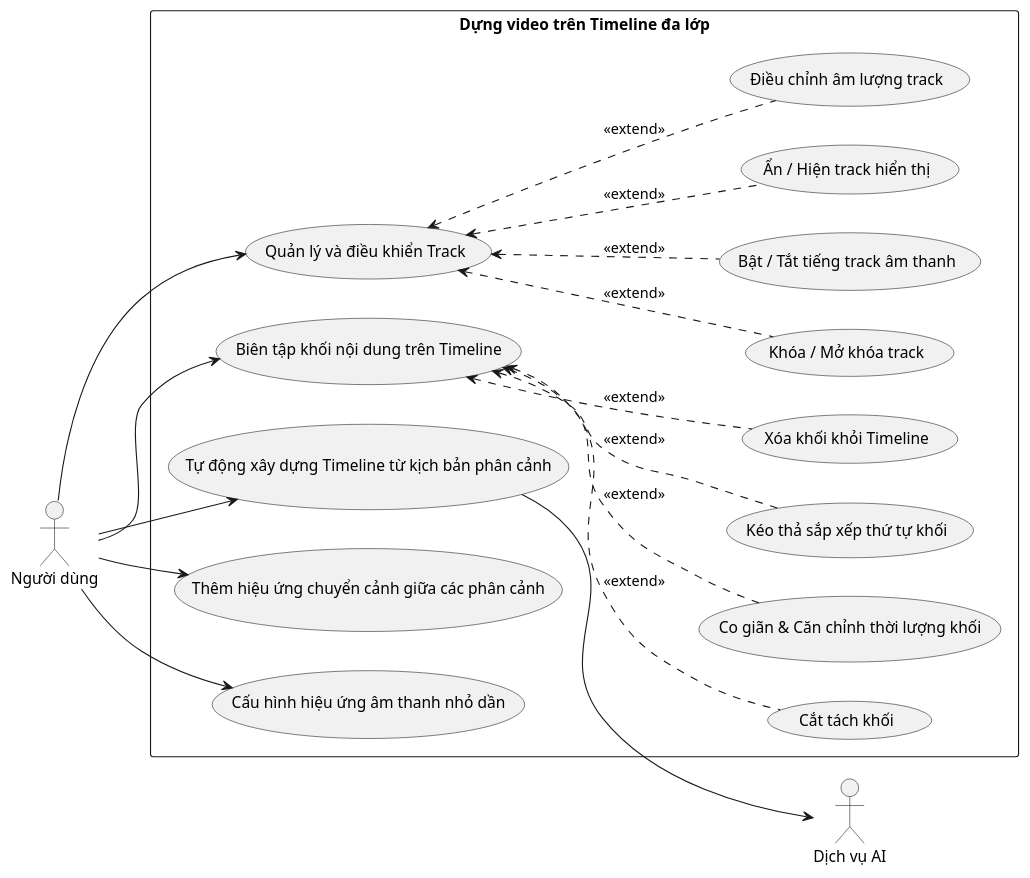
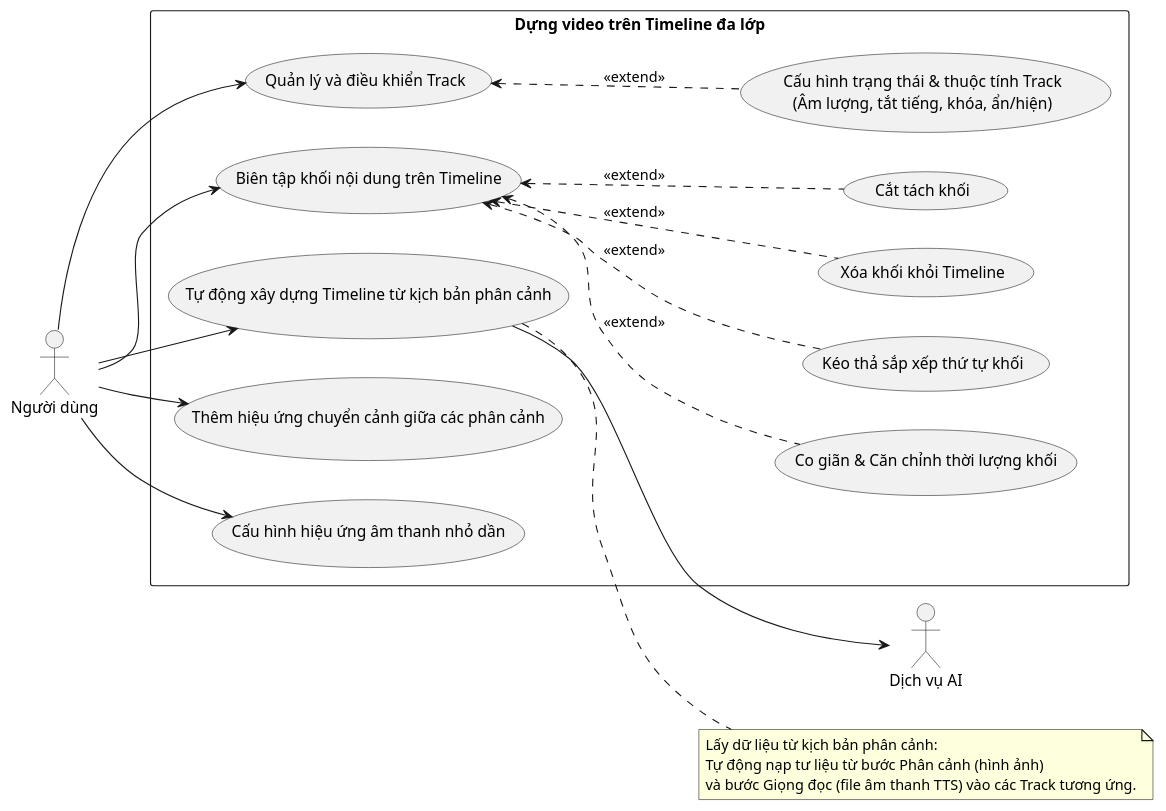
One commit to 202416852-anhpv/story2video-docs changed the diagram in docs/bieu-do-uc/bieu-do-uc-chi-tiet/make/dung-va-xuat-video/dung-video-tren-timeline-da-lop.puml. Above: the diagram before and after it, drawn with PlantUML. The commit also changed 5 other files, not shown here.

```diff
--- a/docs/bieu-do-uc/bieu-do-uc-chi-tiet/make/dung-va-xuat-video/dung-video-tren-timeline-da-lop.puml
+++ b/docs/bieu-do-uc/bieu-do-uc-chi-tiet/make/dung-va-xuat-video/dung-video-tren-timeline-da-lop.puml
@@ -1,50 +1,50 @@
 @startuml dung-video-tren-timeline-da-lop
 left to right direction
 
 actor "Người dùng" as User
 actor "Dịch vụ AI" as AI_Service
 
 rectangle "Dựng video trên Timeline đa lớp" {
     ' --- USE CASE MỤC TIÊU CỐT LÕI (SEA LEVEL) ---
     usecase "Tự động xây dựng Timeline từ kịch bản phân cảnh" as UC_Auto
     usecase "Quản lý và điều khiển Track" as UC_Track
     usecase "Biên tập khối nội dung trên Timeline" as UC_Clip
     usecase "Thêm hiệu ứng chuyển cảnh giữa các phân cảnh" as UC_Trans
     usecase "Cấu hình hiệu ứng âm thanh nhỏ dần" as UC_Fade
 
     ' --- CÁC THAO TÁC MỞ RỘNG CỦA TRACK ---
-    usecase "Khóa / Mở khóa track" as UC_Track_Lock
-    usecase "Bật / Tắt tiếng track âm thanh" as UC_Track_Mute
-    usecase "Ẩn / Hiện track hiển thị" as UC_Track_Hide
-    usecase "Điều chỉnh âm lượng track" as UC_Track_Vol
+    usecase "Cấu hình trạng thái & thuộc tính Track\n(Âm lượng, tắt tiếng, khóa, ẩn/hiện)" as UC_Track_Prop
 
     ' --- CÁC THAO TÁC MỞ RỘNG BIÊN TẬP KHỐI ---
     usecase "Cắt tách khối" as UC_Clip_Split
     usecase "Co giãn & Căn chỉnh thời lượng khối" as UC_Clip_Trim
     usecase "Kéo thả sắp xếp thứ tự khối" as UC_Clip_Move
     usecase "Xóa khối khỏi Timeline" as UC_Clip_Del
 }
 
 ' Người dùng chỉ kết nối tới các mục tiêu chính
 User --> UC_Auto
 User --> UC_Track
 User --> UC_Clip
 User --> UC_Trans
 User --> UC_Fade
 
 ' Quan hệ mở rộng (Extend) của nhóm Track
-UC_Track <.. UC_Track_Lock : <<extend>>
-UC_Track <.. UC_Track_Mute : <<extend>>
-UC_Track <.. UC_Track_Hide : <<extend>>
-UC_Track <.. UC_Track_Vol  : <<extend>>
+UC_Track <.. UC_Track_Prop : <<extend>>
 
 ' Quan hệ mở rộng (Extend) của nhóm Biên tập khối
 UC_Clip <.. UC_Clip_Split : <<extend>>
 UC_Clip <.. UC_Clip_Trim  : <<extend>>
 UC_Clip <.. UC_Clip_Move  : <<extend>>
 UC_Clip <.. UC_Clip_Del   : <<extend>>
 
 ' AI hỗ trợ khởi tạo
 UC_Auto --> AI_Service
 
+note right of UC_Auto
+  Lấy dữ liệu từ kịch bản phân cảnh:
+  Tự động nạp tư liệu từ bước Phân cảnh (hình ảnh)
+  và bước Giọng đọc (file âm thanh TTS) vào các Track tương ứng.
+end note
+
 @enduml
```
